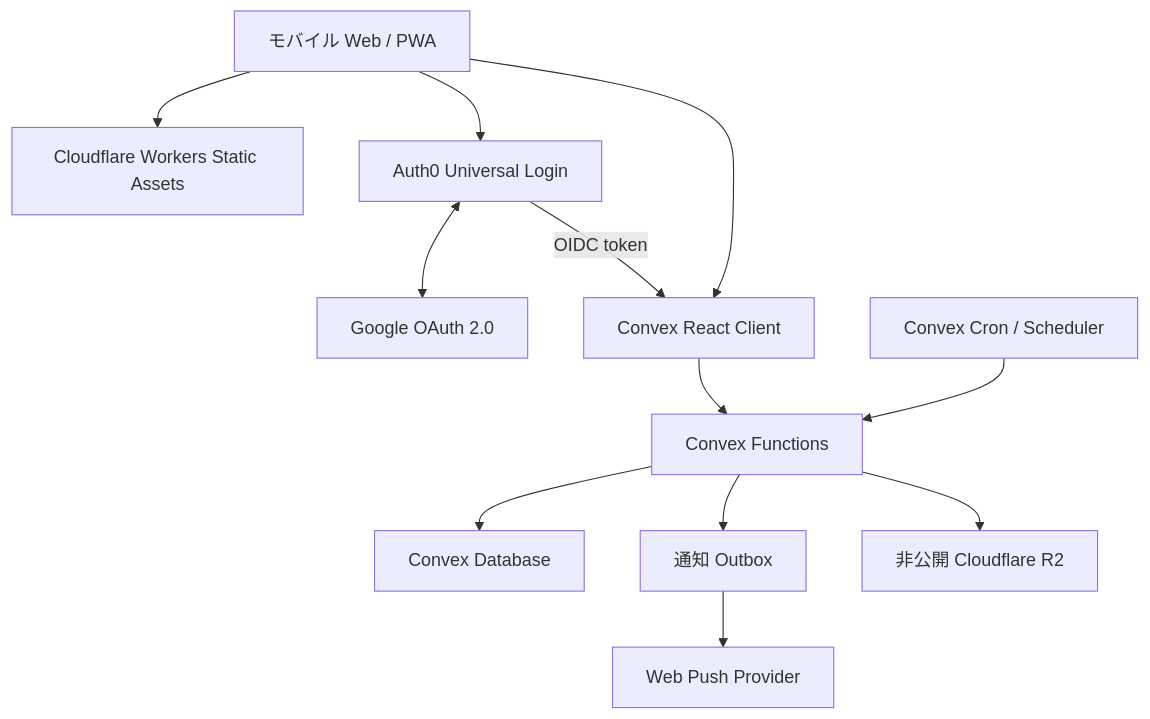
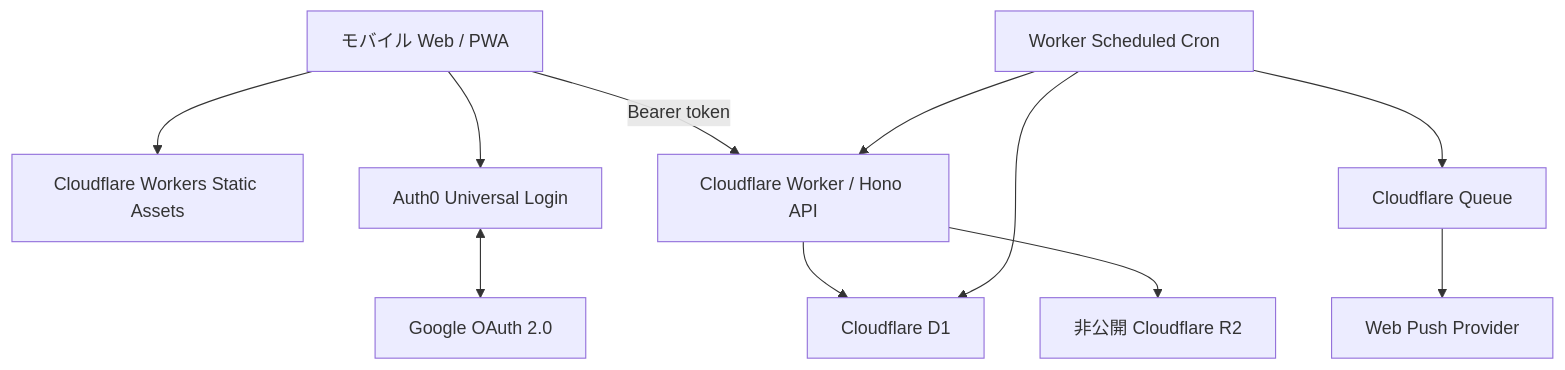
The diagram in docs/architecture/overview.md (hondasports-dev/Re-Me), drawn with Mermaid before and after one commit. The commit also changed other lines of this file and 109 other files, not shown here.

````diff
--- a/docs/architecture/overview.md
+++ b/docs/architecture/overview.md
@@ -7,26 +9,24 @@
 ```mermaid
 flowchart TB
     U[モバイル Web / PWA]
-    CF[Cloudflare Workers Static Assets]
+    AS[Cloudflare Workers Static Assets]
     A0[Auth0 Universal Login]
     G[Google OAuth 2.0]
-    CX[Convex React Client]
-    FN[Convex Functions]
-    DB[Convex Database]
-    CRON[Convex Cron / Scheduler]
-    OUTBOX[通知 Outbox]
+    API[Cloudflare Worker / Hono API]
+    D1[Cloudflare D1]
     R2[非公開 Cloudflare R2]
+    CRON[Worker Scheduled Cron]
+    Q[Cloudflare Queue]
     PUSH[Web Push Provider]
 
-    U --> CF
+    U --> AS
     U --> A0
     A0 <--> G
-    A0 -->|OIDC token| CX
-    U --> CX
-    CX --> FN
-    FN --> DB
-    CRON --> FN
-    FN --> OUTBOX
-    FN --> R2
-    OUTBOX --> PUSH
+    U -->|Bearer token| API
+    API --> D1
+    API --> R2
+    CRON --> API
+    CRON --> D1
+    CRON --> Q
+    Q --> PUSH
 ```
````
